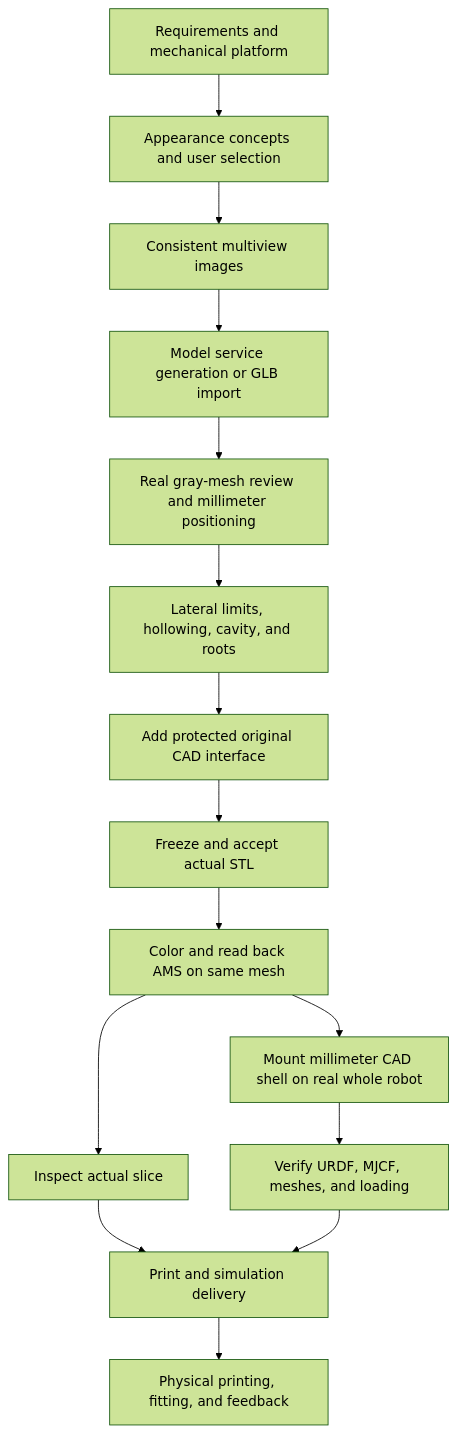
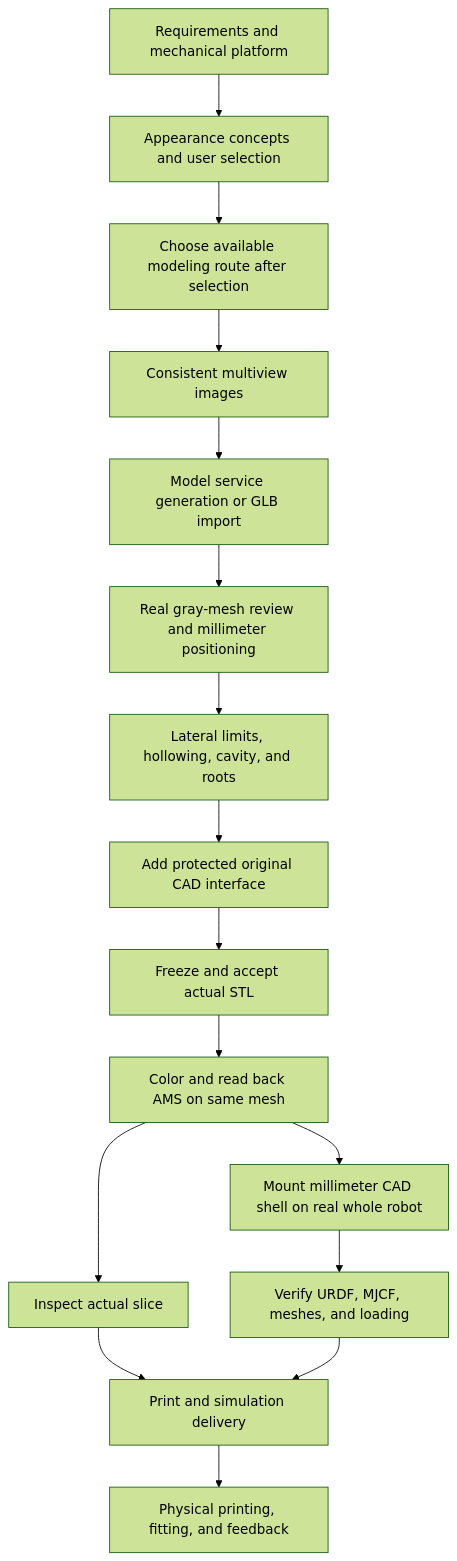
One commit to KingKongRobotics/jumper-design changed the diagram in docs/workflow.md. Above: the diagram before and after it, drawn with Mermaid (forest theme). The commit also changed other lines of this file and 5 other files, not shown here.

Commit message:
Require user design selection before appearance modeling

````diff
--- a/docs/workflow.md
+++ b/docs/workflow.md
@@ -19,17 +56,18 @@
 ```mermaid
 flowchart TD
     A[Requirements and mechanical platform] --> B[Appearance concepts and user selection]
-    B --> C[Consistent multiview images]
+    B --> T[Choose available modeling route after selection]
+    T --> C[Consistent multiview images]
     C --> D[Model service generation or GLB import]
     D --> E[Real gray-mesh review and millimeter positioning]
     E --> F[Lateral limits, hollowing, cavity, and roots]
     F --> G[Add protected original CAD interface]
     G --> H[Freeze and accept actual STL]
     H --> I[Color and read back AMS on same mesh]
     I --> J[Inspect actual slice]
     I --> S[Mount millimeter CAD shell on real whole robot]
     S --> U[Verify URDF, MJCF, meshes, and loading]
     J --> DLV[Print and simulation delivery]
     U --> DLV
     DLV --> K[Physical printing, fitting, and feedback]
 ```
````
